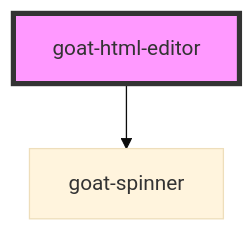
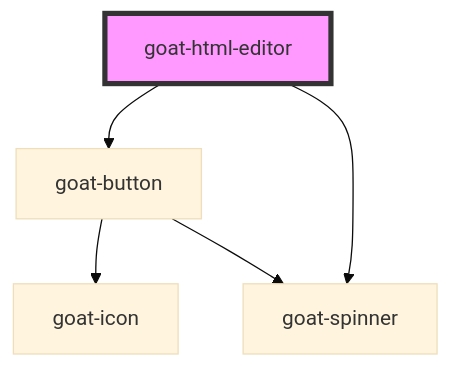
The diagram in src/components/data-entry/html-editor/readme.md (goatui/components), drawn with Mermaid (base theme) before and after one commit. The commit also changed other lines of this file and 24 other files, not shown here.

````diff
--- a/src/components/data-entry/html-editor/readme.md
+++ b/src/components/data-entry/html-editor/readme.md
@@ -71,5 +72,8 @@
 ```mermaid
 graph TD;
+  goat-html-editor --> goat-button
   goat-html-editor --> goat-spinner
+  goat-button --> goat-icon
+  goat-button --> goat-spinner
   style goat-html-editor fill:#f9f,stroke:#333,stroke-width:4px
 ```
````
